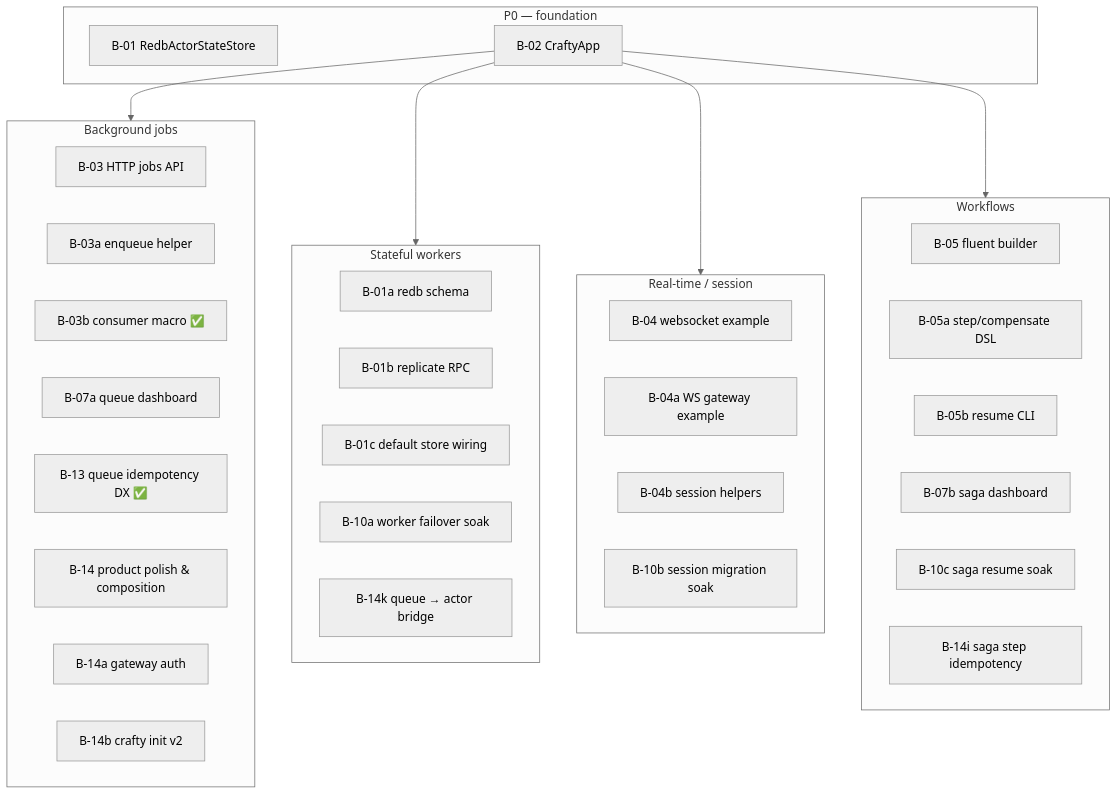
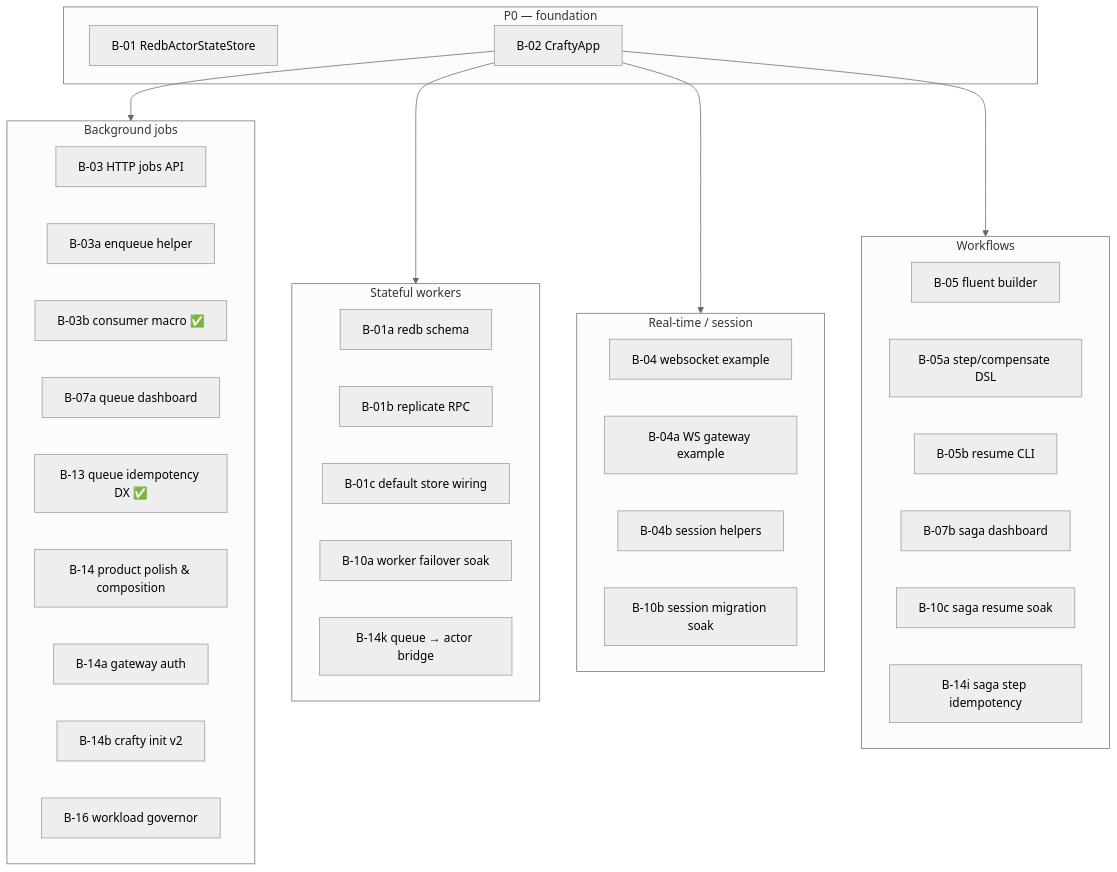
Before and after one commit to lemarco/craft: the diagram in docs/backlog.md, drawn with Mermaid (neutral theme). The commit also changed other lines of this file and 48 other files, not shown here.

````diff
--- a/docs/backlog.md
+++ b/docs/backlog.md
@@ -53,49 +53,50 @@
 ```mermaid
 flowchart TB
     subgraph P0["P0 — foundation"]
         B01[B-01 RedbActorStateStore]
         B02[B-02 CraftyApp]
     end
 
     subgraph Jobs["Background jobs"]
         B03[B-03 HTTP jobs API]
         B03a[B-03a enqueue helper]
         B03b[B-03b consumer macro ✅]
         B07a[B-07a queue dashboard]
         B13[B-13 queue idempotency DX ✅]
         B14[B-14 product polish & composition]
         B14a[B-14a gateway auth]
         B14b[B-14b crafty init v2]
+        B16[B-16 workload governor]
     end
 
     subgraph Workers["Stateful workers"]
         B01
         B01a[B-01a redb schema]
         B01b[B-01b replicate RPC]
         B01c[B-01c default store wiring]
         B10a[B-10a worker failover soak]
         B14k[B-14k queue → actor bridge]
     end
 
     subgraph Sessions["Real-time / session"]
         B04[B-04 websocket example]
         B04a[B-04a WS gateway example]
         B04b[B-04b session helpers]
         B10b[B-10b session migration soak]
         B14a
     end
 
     subgraph Workflows["Workflows"]
         B05[B-05 fluent builder]
         B05a[B-05a step/compensate DSL]
         B05b[B-05b resume CLI]
         B07b[B-07b saga dashboard]
         B10c[B-10c saga resume soak]
         B14i[B-14i saga step idempotency]
     end
 
     B02 --> Jobs
     B02 --> Workers
     B02 --> Sessions
     B02 --> Workflows
 ```
````
